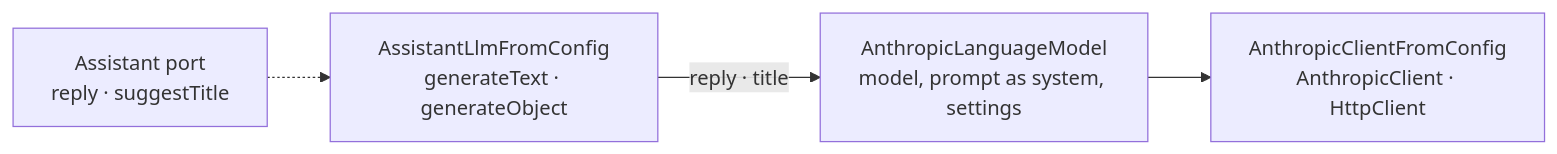
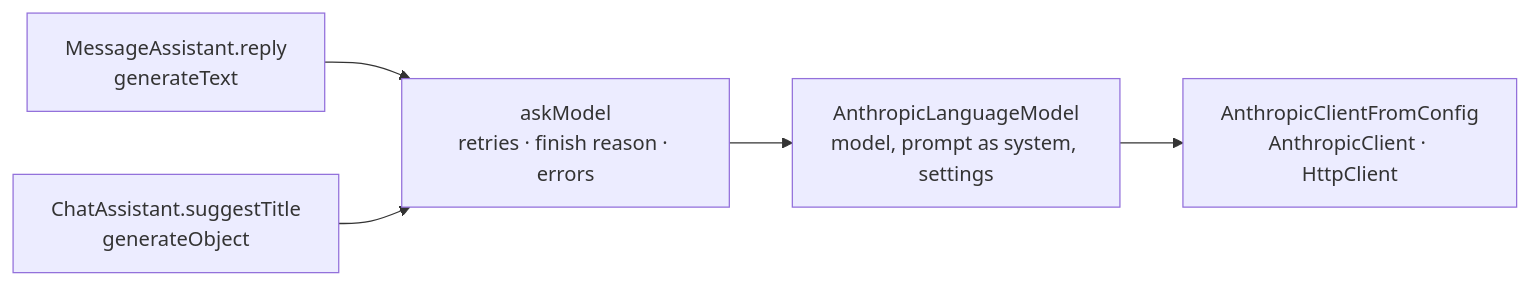
The diagram in docs/knowledge/ai.md (khotei/app-template), drawn with Mermaid before and after one commit. The commit also changed other lines of this file and 28 other files, not shown here.

````diff
--- a/docs/knowledge/ai.md
+++ b/docs/knowledge/ai.md
@@ -19,6 +21,7 @@
 ```mermaid
 graph LR
-  P["Assistant port<br/>reply · suggestTitle"] -.-> L["AssistantLlmFromConfig<br/>generateText · generateObject"]
-  L -->|"reply · title"| A["AnthropicLanguageModel<br/>model, prompt as system, settings"]
+  M["MessageAssistant.reply<br/>generateText"] --> R["askModel<br/>retries · finish reason · errors"]
+  T["ChatAssistant.suggestTitle<br/>generateObject"] --> R
+  R --> A["AnthropicLanguageModel<br/>model, prompt as system, settings"]
   A --> K["AnthropicClientFromConfig<br/>AnthropicClient · HttpClient"]
 ```
````
